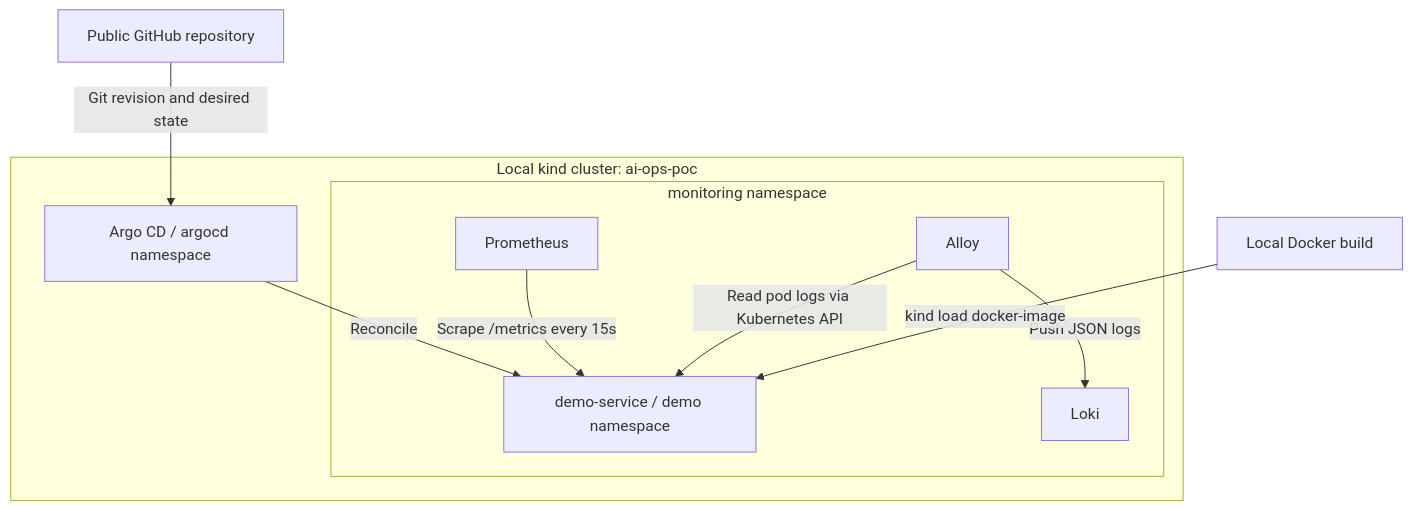
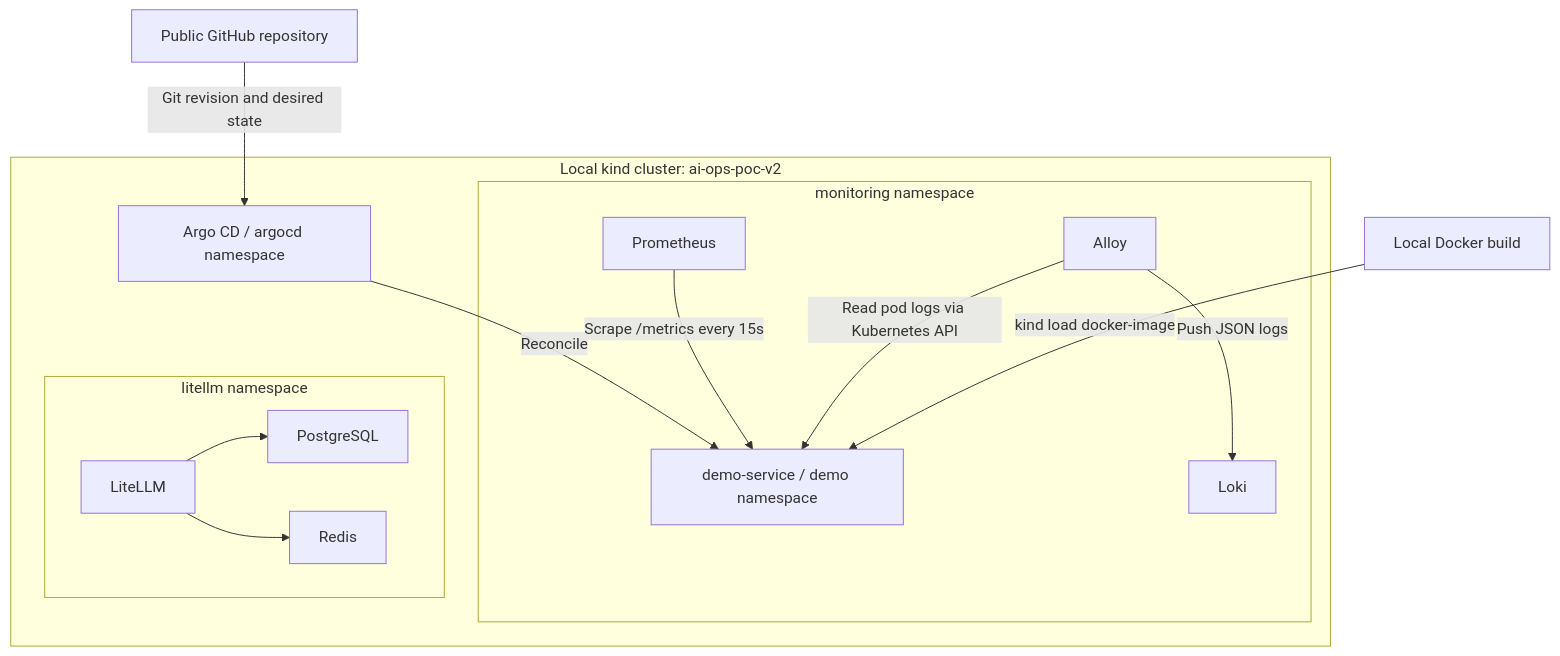
Before and after one commit to gattma/sre-agent-demo: the diagram in README.md, drawn with Mermaid. The commit also changed other lines of this file and 27 other files, not shown here.

````diff
--- a/README.md
+++ b/README.md
@@ -7,13 +9,17 @@
 ```mermaid
 flowchart TD
     GitHub[Public GitHub repository] -->|Git revision and desired state| Argo
-    subgraph kind[Local kind cluster: ai-ops-poc]
+    subgraph kind[Local kind cluster: ai-ops-poc-v2]
         Argo[Argo CD / argocd namespace] -->|Reconcile| Demo[demo-service / demo namespace]
         subgraph monitoring[monitoring namespace]
             Prometheus -->|Scrape /metrics every 15s| Demo
             Alloy -->|Read pod logs via Kubernetes API| Demo
             Alloy -->|Push JSON logs| Loki
         end
+        subgraph litellm[litellm namespace]
+            LiteLLM --> PostgreSQL
+            LiteLLM --> Redis
+        end
     end
     Docker[Local Docker build] -->|kind load docker-image| Demo
 ```
````
